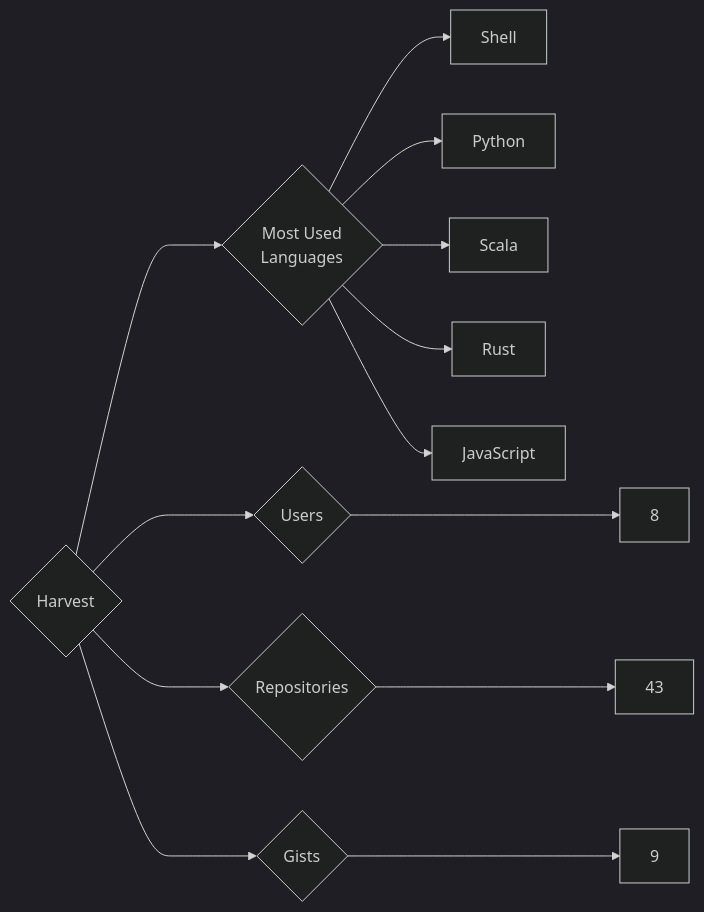
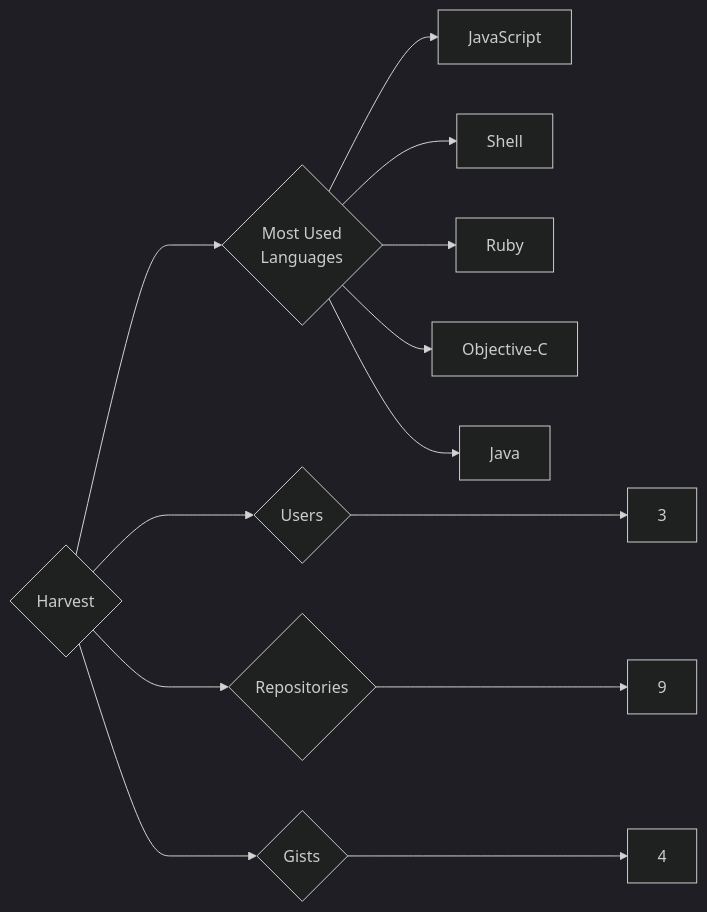
One commit to trickest/insiders changed the diagram in targets/Harvest/README.md. Above: the diagram before and after it, drawn with Mermaid (dark theme). The commit also changed 1167 other files, not shown here.

````diff
--- a/targets/Harvest/README.md
+++ b/targets/Harvest/README.md
@@ -3,13 +3,13 @@
 ```mermaid
 graph LR
 COMPANY_NAME{Harvest}
-COMPANY_NAME ---> U{Users} ---> UN[8]
-COMPANY_NAME ---> R{Repositories} ---> RN[43]
-COMPANY_NAME ---> G{Gists} ---> GN[9]
+COMPANY_NAME ---> U{Users} ---> UN[3]
+COMPANY_NAME ---> R{Repositories} ---> RN[9]
+COMPANY_NAME ---> G{Gists} ---> GN[4]
 COMPANY_NAME ---> ML{Most Used<br>Languages}
+ML --> JavaScript[JavaScript]
 ML --> Shell[Shell]
-ML --> Python[Python]
-ML --> Scala[Scala]
-ML --> Rust[Rust]
-ML --> JavaScript[JavaScript]
+ML --> Ruby[Ruby]
+ML --> Objective-C[Objective-C]
+ML --> Java[Java]
 ```
````
